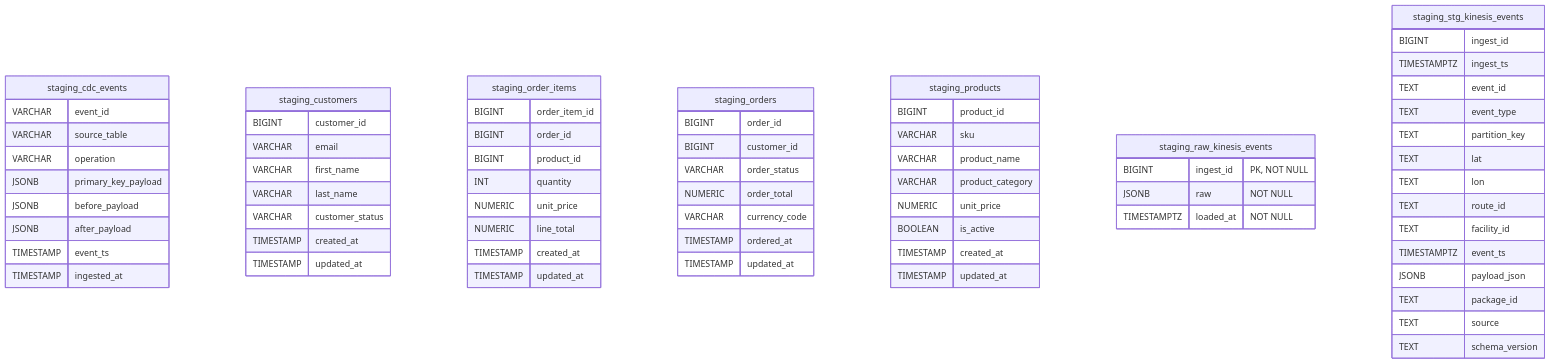
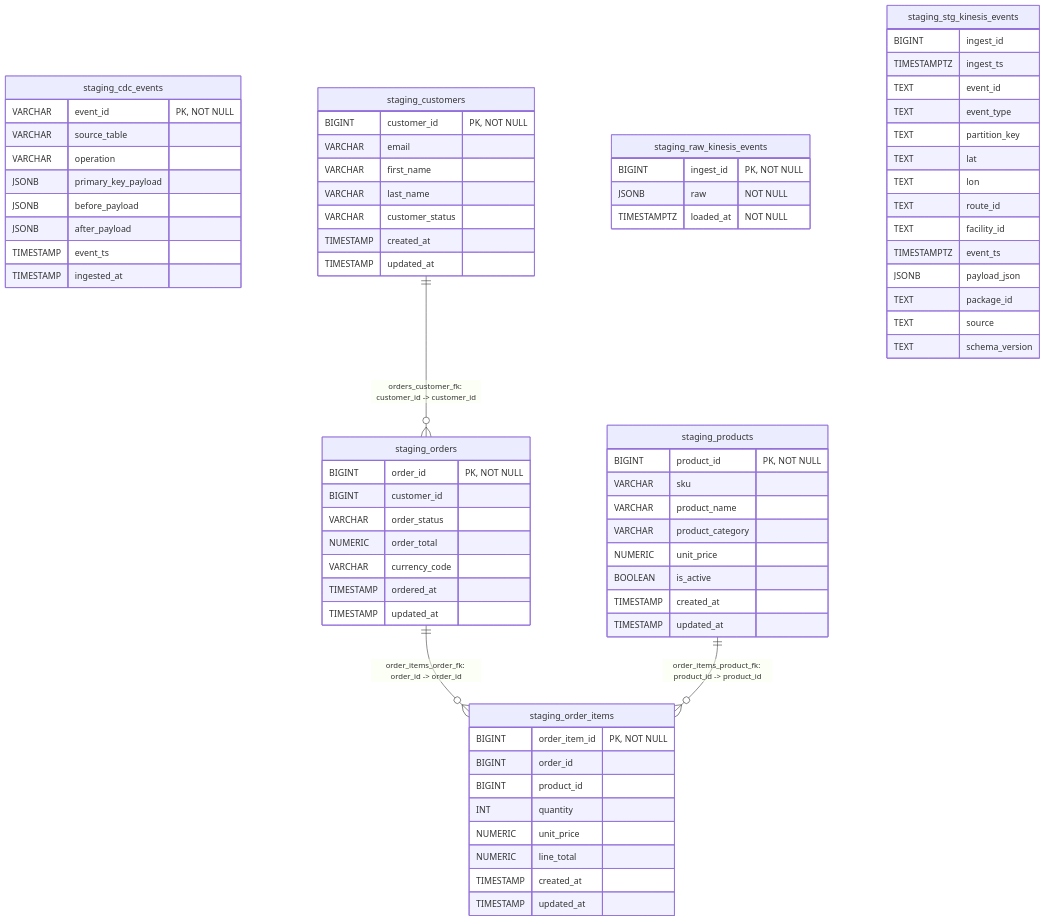
Before and after one commit to timowlmtn/architecture: the diagram in docs/staging_erd.mmd, drawn with Mermaid. The commit also changed 3 other files, not shown here.

```diff
--- a/docs/staging_erd.mmd
+++ b/docs/staging_erd.mmd
@@ -1,77 +1,80 @@
 erDiagram
     staging_cdc_events {
-        VARCHAR event_id
+        VARCHAR event_id "PK, NOT NULL"
         VARCHAR source_table
         VARCHAR operation
         JSONB primary_key_payload
         JSONB before_payload
         JSONB after_payload
         TIMESTAMP event_ts
         TIMESTAMP ingested_at
     }
     %% staging_cdc_events = staging.cdc_events
     staging_customers {
-        BIGINT customer_id
+        BIGINT customer_id "PK, NOT NULL"
         VARCHAR email
         VARCHAR first_name
         VARCHAR last_name
         VARCHAR customer_status
         TIMESTAMP created_at
         TIMESTAMP updated_at
     }
     %% staging_customers = staging.customers
     staging_order_items {
-        BIGINT order_item_id
+        BIGINT order_item_id "PK, NOT NULL"
         BIGINT order_id
         BIGINT product_id
         INT quantity
         NUMERIC unit_price
         NUMERIC line_total
         TIMESTAMP created_at
         TIMESTAMP updated_at
     }
     %% staging_order_items = staging.order_items
     staging_orders {
-        BIGINT order_id
+        BIGINT order_id "PK, NOT NULL"
         BIGINT customer_id
         VARCHAR order_status
         NUMERIC order_total
         VARCHAR currency_code
         TIMESTAMP ordered_at
         TIMESTAMP updated_at
     }
     %% staging_orders = staging.orders
     staging_products {
-        BIGINT product_id
+        BIGINT product_id "PK, NOT NULL"
         VARCHAR sku
         VARCHAR product_name
         VARCHAR product_category
         NUMERIC unit_price
         BOOLEAN is_active
         TIMESTAMP created_at
         TIMESTAMP updated_at
     }
     %% staging_products = staging.products
     staging_raw_kinesis_events {
         BIGINT ingest_id "PK, NOT NULL"
         JSONB raw "NOT NULL"
         TIMESTAMPTZ loaded_at "NOT NULL"
     }
     %% staging_raw_kinesis_events = staging.raw_kinesis_events
     staging_stg_kinesis_events {
         BIGINT ingest_id
         TIMESTAMPTZ ingest_ts
         TEXT event_id
         TEXT event_type
         TEXT partition_key
         TEXT lat
         TEXT lon
         TEXT route_id
         TEXT facility_id
         TIMESTAMPTZ event_ts
         JSONB payload_json
         TEXT package_id
         TEXT source
         TEXT schema_version
     }
     %% staging_stg_kinesis_events = staging.stg_kinesis_events
+    staging_orders ||--o{ staging_order_items : "order_items_order_fk: order_id -> order_id"
+    staging_products ||--o{ staging_order_items : "order_items_product_fk: product_id -> product_id"
+    staging_customers ||--o{ staging_orders : "orders_customer_fk: customer_id -> customer_id"
```
